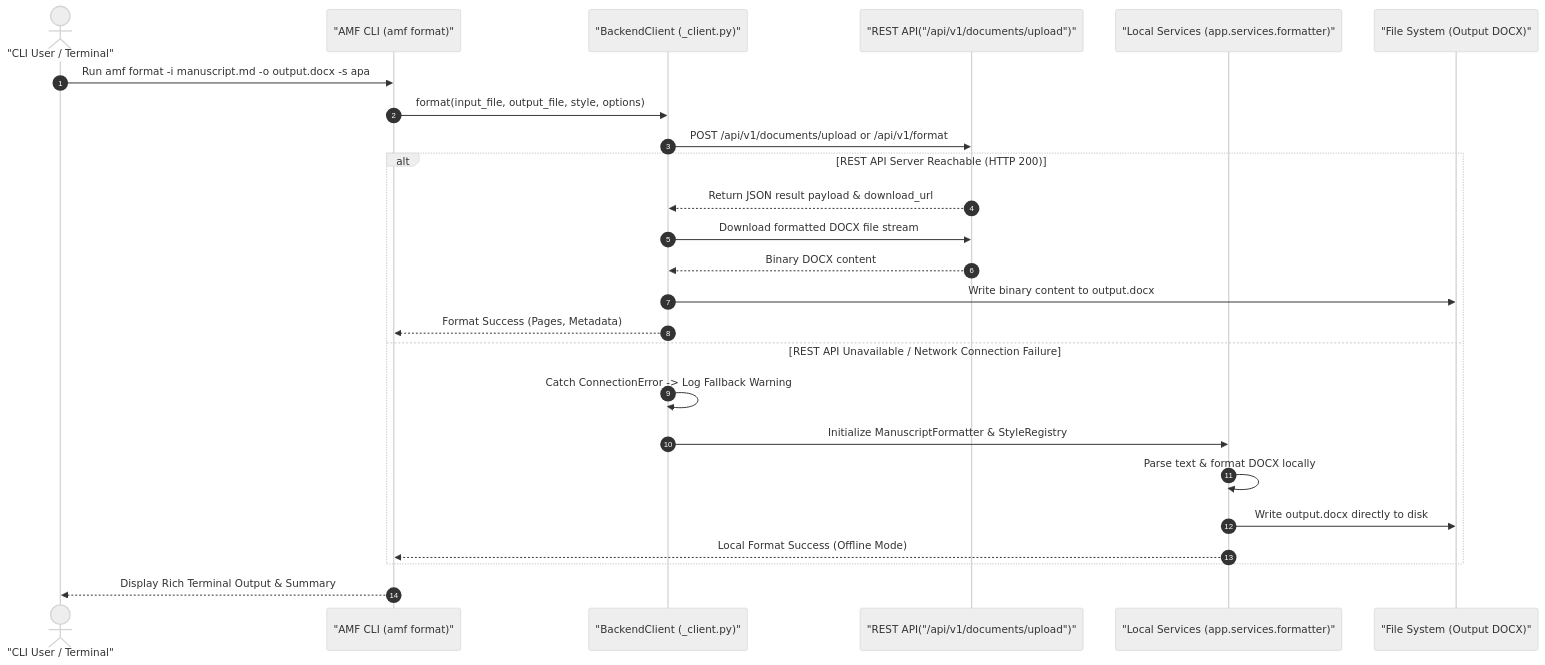
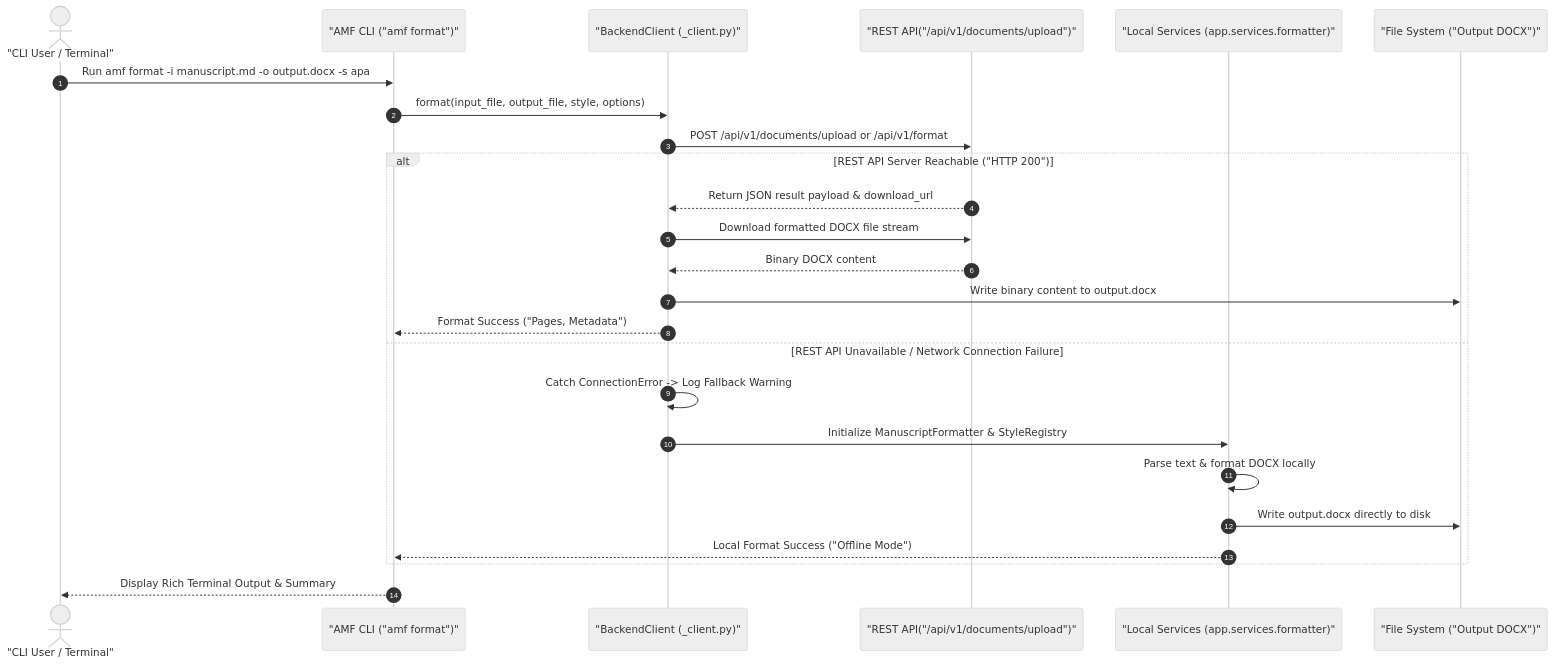
One commit to rohitkumarnaidu/ScholarFormAI changed the first of 2 diagrams in docs/docs/cli/reference.md. Above: the diagram before and after it, drawn with Mermaid (neutral theme). The commit also changed other lines of this file and 611 other files, not shown here.

````diff
--- a/docs/docs/cli/reference.md
+++ b/docs/docs/cli/reference.md
@@ -36,31 +36,31 @@
 ```mermaid
 sequenceDiagram
     autonumber
     actor User as "CLI User / Terminal"
-    participant CLI as "AMF CLI (amf format)"
+    participant CLI as "AMF CLI ("amf format")"
     participant Client as "BackendClient (_client.py)"
     participant API as "REST API("/api/v1/documents/upload")"
     participant Local as "Local Services (app.services.formatter)"
-    participant FS as "File System (Output DOCX)"
+    participant FS as "File System ("Output DOCX")"
 
 
     User->>CLI: Run amf format -i manuscript.md -o output.docx -s apa
     CLI->>Client: format(input_file, output_file, style, options)
     Client->>API: POST /api/v1/documents/upload or /api/v1/format
     
-    alt REST API Server Reachable (HTTP 200)
+    alt REST API Server Reachable ("HTTP 200")
         API-->>Client: Return JSON result payload & download_url
         Client->>API: Download formatted DOCX file stream
         API-->>Client: Binary DOCX content
         Client->>FS: Write binary content to output.docx
-        Client-->>CLI: Format Success (Pages, Metadata)
+        Client-->>CLI: Format Success ("Pages, Metadata")
     else REST API Unavailable / Network Connection Failure
         Client->>Client: Catch ConnectionError -> Log Fallback Warning
         Client->>Local: Initialize ManuscriptFormatter & StyleRegistry
         Local->>Local: Parse text & format DOCX locally
         Local->>FS: Write output.docx directly to disk
-        Local-->>CLI: Local Format Success (Offline Mode)
+        Local-->>CLI: Local Format Success ("Offline Mode")
     end
     
     CLI-->>User: Display Rich Terminal Output & Summary
 ```
````
